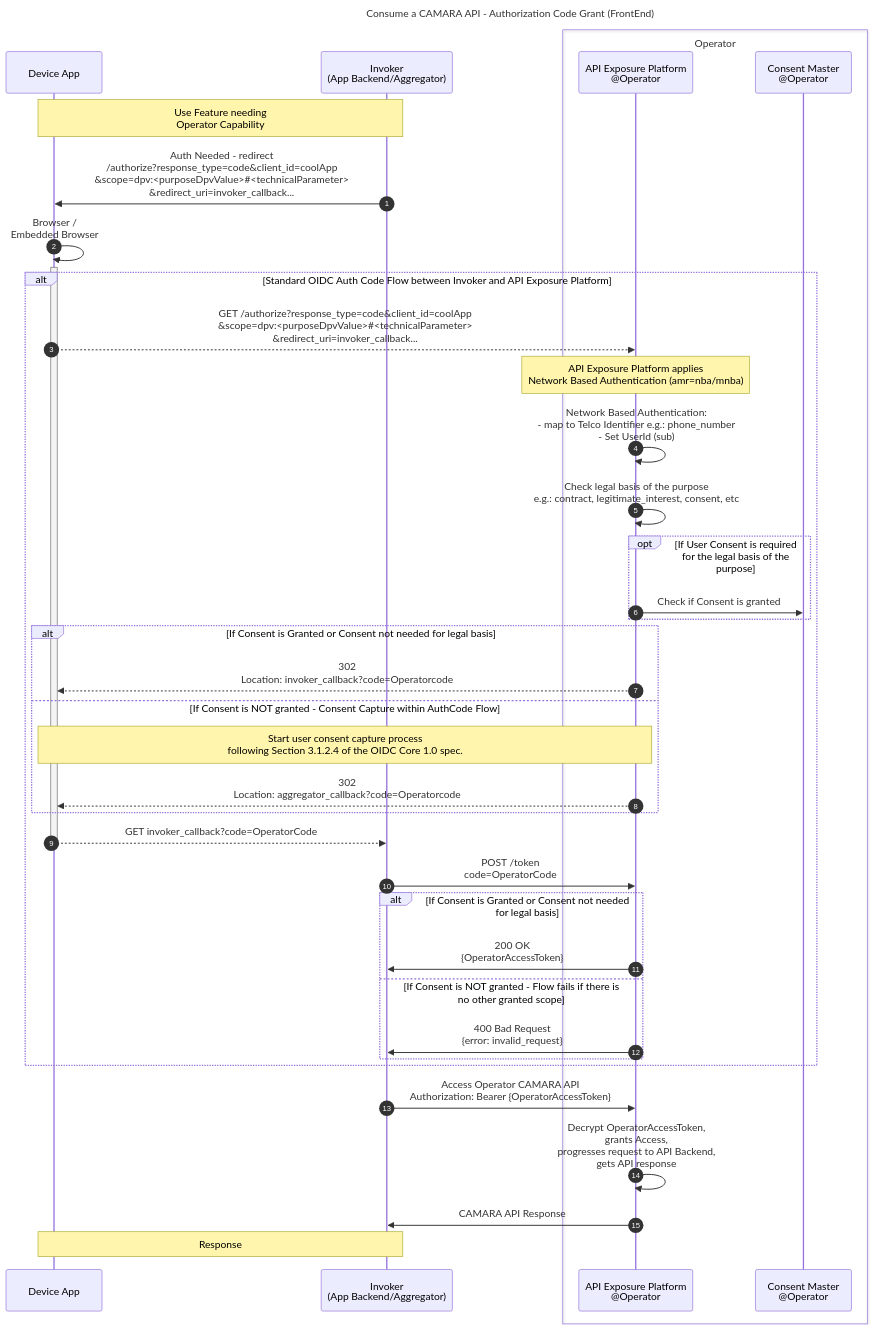
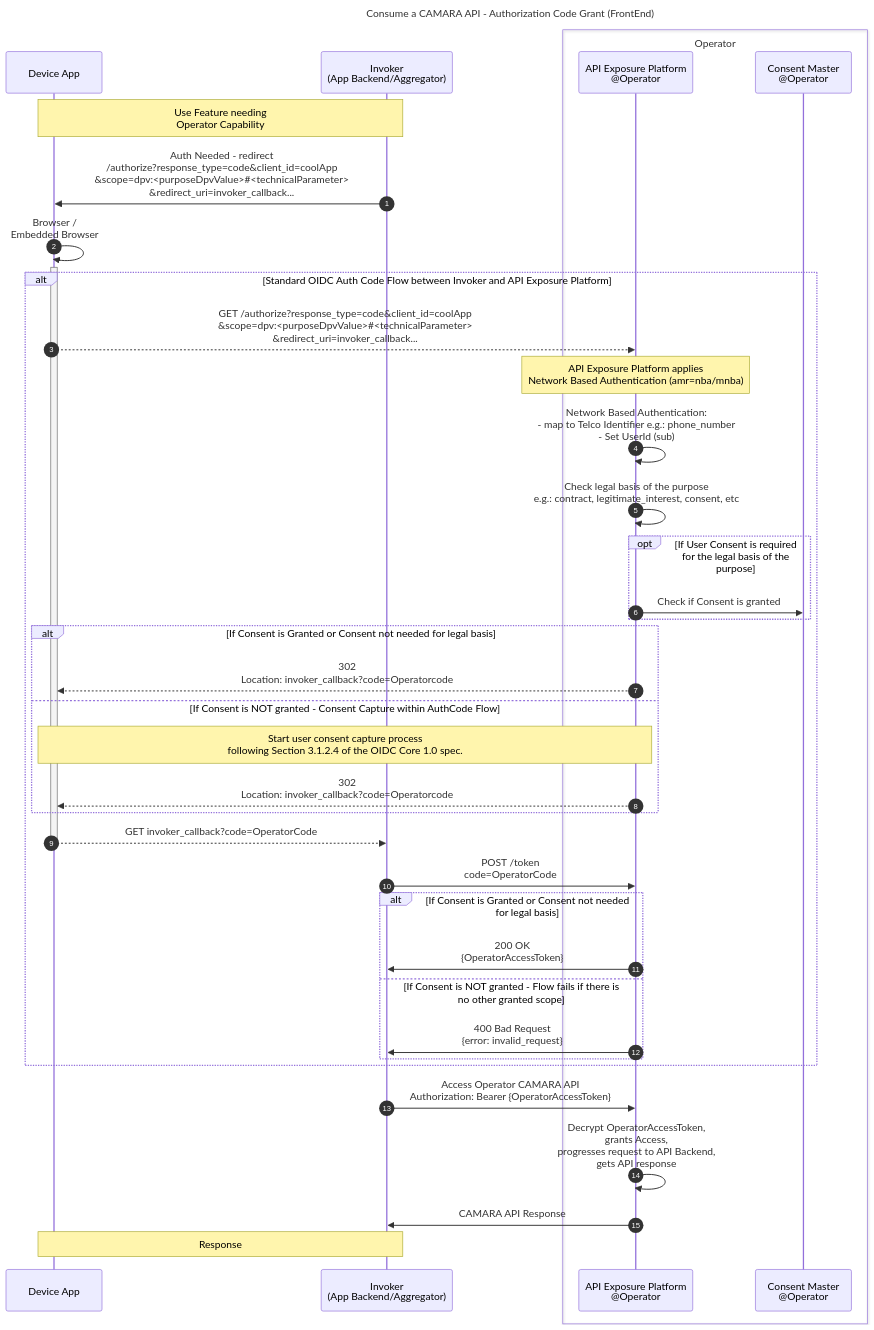
The first of 5 diagrams in documentation/CAMARA-API-access-and-user-consent.md (camaraproject/IdentityAndConsentManagement), drawn with Mermaid before and after one commit. The commit also changed other lines of this file, not shown here.

````diff
--- a/documentation/CAMARA-API-access-and-user-consent.md
+++ b/documentation/CAMARA-API-access-and-user-consent.md
@@ -140,42 +144,42 @@
 ```mermaid
 sequenceDiagram
 autonumber
 title Consume a CAMARA API - Authorization Code Grant (FrontEnd)
 participant FE as Device App
 participant BE as Invoker<br>(App Backend/Aggregator)
 box Operator
   participant ExpO as API Exposure Platform<br>@Operator
   participant Consent as Consent Master<br>@Operator
 end
 
 Note over FE,BE: Use Feature needing<br>Operator Capability  
 BE->>FE: Auth Needed - redirect <br>/authorize?response_type=code&client_id=coolApp<br>&scope=dpv:<purposeDpvValue>#35;<technicalParameter><br>&redirect_uri=invoker_callback...
 FE->>+FE: Browser /<br> Embedded Browser
 alt Standard OIDC Auth Code Flow between Invoker and API Exposure Platform
   FE-->>ExpO: GET /authorize?response_type=code&client_id=coolApp<br>&scope=dpv:<purposeDpvValue>#35;<technicalParameter><br>&redirect_uri=invoker_callback...
   Note over ExpO: API Exposure Platform applies<br>Network Based Authentication (amr=nba/mnba)
   ExpO->>ExpO: Network Based Authentication:<br>- map to Telco Identifier e.g.: phone_number<br>- Set UserId (sub)  
   ExpO->>ExpO: Check legal basis of the purpose<br> e.g.: contract, legitimate_interest, consent, etc 
   opt If User Consent is required for the legal basis of the purpose  
     ExpO->>Consent: Check if Consent is granted    
   end  
   alt If Consent is Granted or Consent not needed for legal basis   
     ExpO-->>FE: 302<br>Location: invoker_callback?code=Operatorcode
   else If Consent is NOT granted - Consent Capture within AuthCode Flow  
     Note over FE,ExpO: Start user consent capture process<br>following Section 3.1.2.4 of the OIDC Core 1.0 spec.    
-    ExpO-->>FE: 302<br>Location: aggregator_callback?code=Operatorcode 
+    ExpO-->>FE: 302<br>Location: invoker_callback?code=Operatorcode 
   end
   FE-->>-BE: GET invoker_callback?code=OperatorCode
   BE->>ExpO: POST /token<br> code=OperatorCode
   alt If Consent is Granted or Consent not needed for legal basis
     ExpO->>BE: 200 OK <br> {OperatorAccessToken}
   else If Consent is NOT granted - Flow fails if there is no other granted scope
     ExpO->>BE: 400 Bad Request <br> {error: invalid_request}
   end
 end
 
 BE->>ExpO: Access Operator CAMARA API <br> Authorization: Bearer {OperatorAccessToken}        
 ExpO->>ExpO: Decrypt OperatorAccessToken,<br>grants Access,<br>progresses request to API Backend,<br>gets API response  
 ExpO->>BE: CAMARA API Response
 Note over BE,FE: Response
 ```
````
